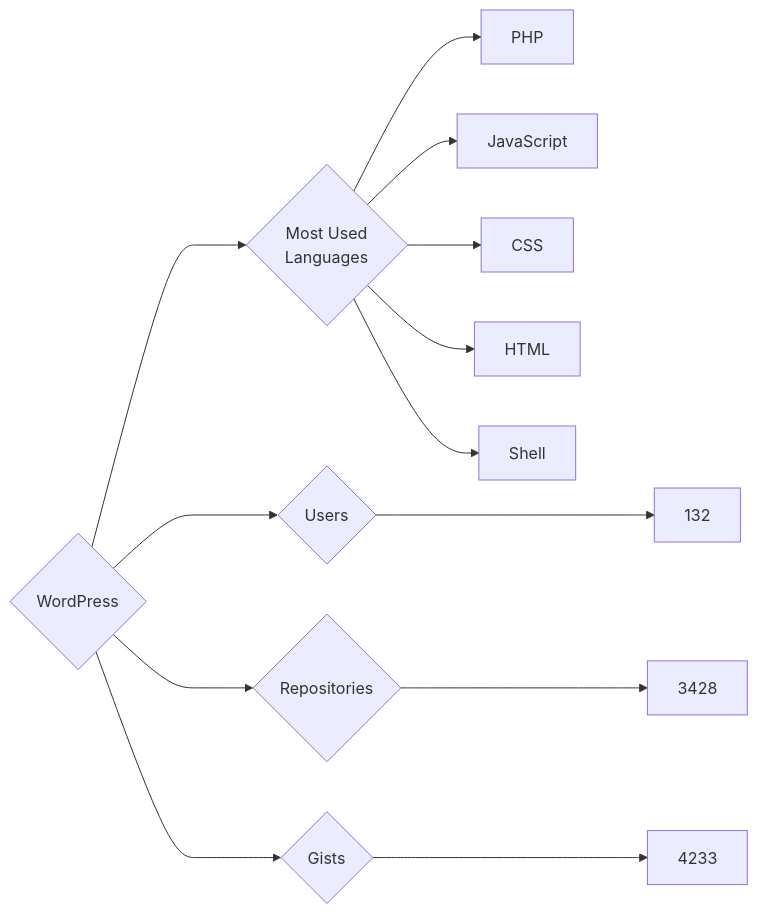
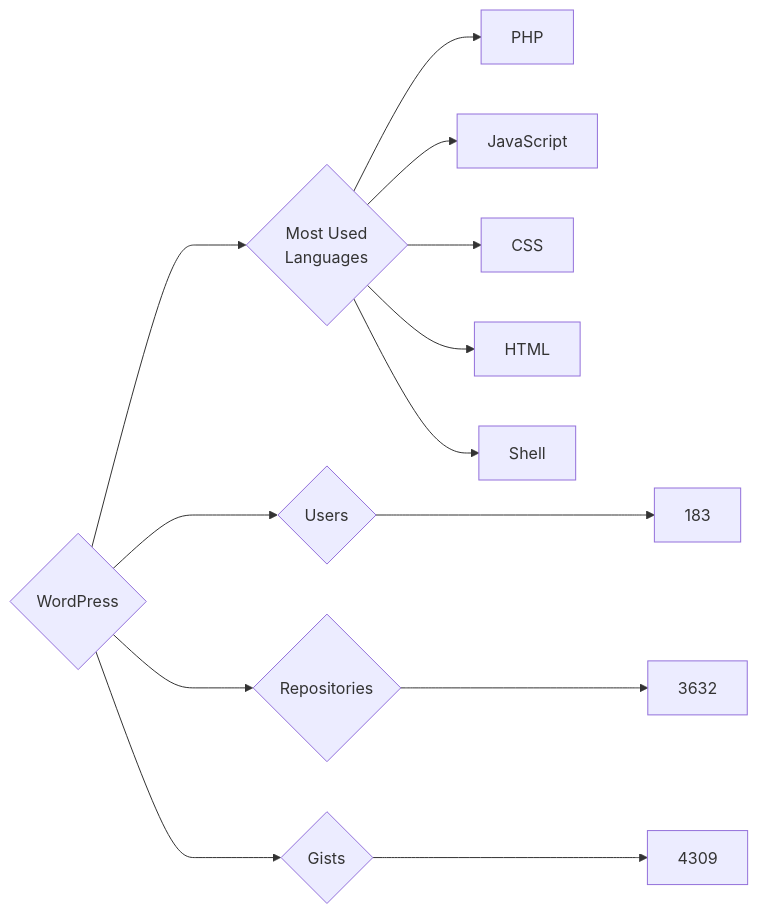
Before and after one commit to trickest/insiders: the diagram in targets/WordPress/README.md, drawn with Mermaid. The commit also changed 939 other files, not shown here.

````diff
--- a/targets/WordPress/README.md
+++ b/targets/WordPress/README.md
@@ -3,13 +3,13 @@
 ```mermaid
 graph LR
 COMPANY_NAME{WordPress}
-COMPANY_NAME ---> U{Users} ---> UN[132]
-COMPANY_NAME ---> R{Repositories} ---> RN[3428]
-COMPANY_NAME ---> G{Gists} ---> GN[4233]
+COMPANY_NAME ---> U{Users} ---> UN[183]
+COMPANY_NAME ---> R{Repositories} ---> RN[3632]
+COMPANY_NAME ---> G{Gists} ---> GN[4309]
 COMPANY_NAME ---> ML{Most Used<br>Languages}
 ML --> PHP[PHP]
 ML --> JavaScript[JavaScript]
 ML --> CSS[CSS]
 ML --> HTML[HTML]
 ML --> Shell[Shell]
 ```
````
